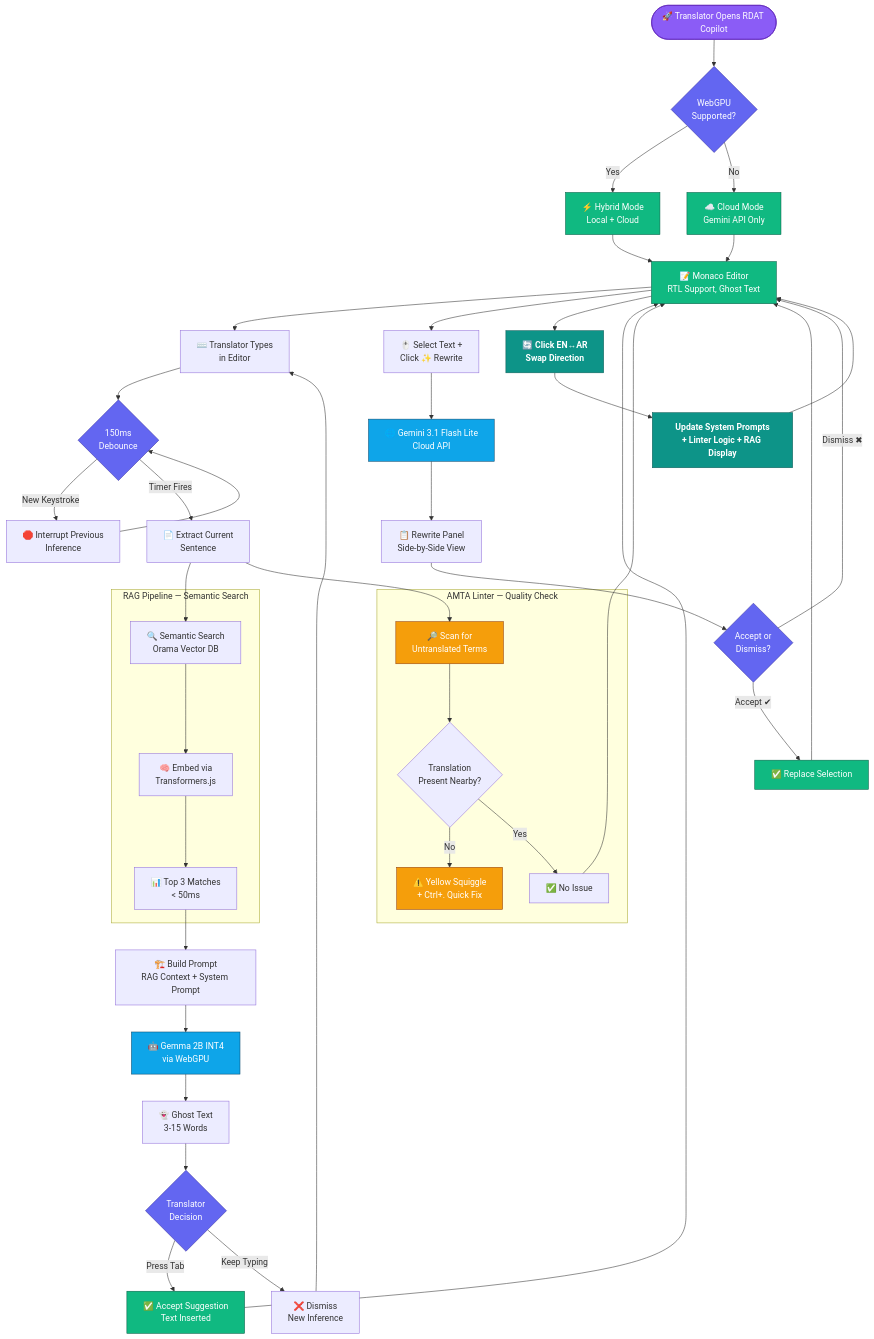
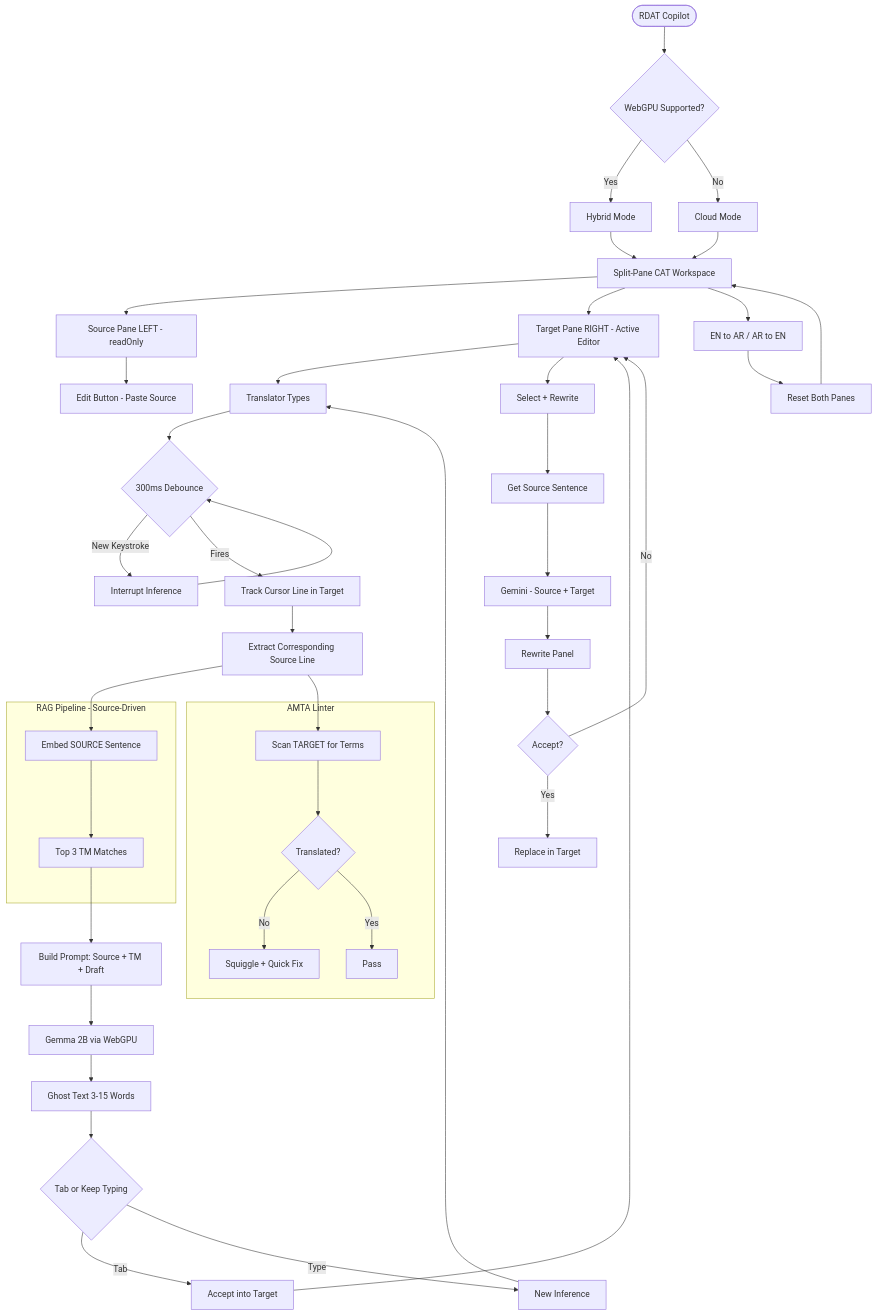
Before and after one commit to waleedmandour/rdat-pwa: the diagram in README.md, drawn with Mermaid. The commit also changed other lines of this file and 8 other files, not shown here.

````diff
--- a/README.md
+++ b/README.md
@@ -53,81 +53,45 @@
 ```mermaid
 flowchart TB
-    %% ── Entry ──
-    Start([🚀 Translator Opens RDAT Copilot]) --> Browser{WebGPU\nSupported?}
-    Browser -->|Yes| Hybrid[⚡ Hybrid Mode\nLocal + Cloud]
-    Browser -->|No| CloudMode[☁️ Cloud Mode\nGemini API Only]
-
-    %% ── Editor Layer ──
-    Hybrid --> Editor[📝 Monaco Editor\nRTL Support, Ghost Text]
-    CloudMode --> Editor
-
-    Editor --> Keystroke[⌨️ Translator Types\nin Editor]
-
-    %% ── Event Loop ──
-    Keystroke --> Debounce{150ms\nDebounce}
-    Debounce -->|New Keystroke| Interrupt[🛑 Interrupt Previous\nInference]
+    Start([RDAT Copilot]) --> Browser{WebGPU Supported?}
+    Browser -->|Yes| Hybrid[Hybrid Mode]
+    Browser -->|No| CloudMode[Cloud Mode]
+    Hybrid --> SplitPane[Split-Pane CAT Workspace]
+    CloudMode --> SplitPane
+    SplitPane --> SourcePane[Source Pane LEFT - readOnly]
+    SplitPane --> TargetPane[Target Pane RIGHT - Active Editor]
+    SourcePane --> EditBtn[Edit Button - Paste Source]
+    TargetPane --> Keystroke[Translator Types]
+    Keystroke --> Debounce{300ms Debounce}
+    Debounce -->|New Keystroke| Interrupt[Interrupt Inference]
     Interrupt --> Debounce
-    Debounce -->|Timer Fires| Extract[📄 Extract Current\nSentence]
-
-    %% ── Parallel Processing ──
-    Extract --> RAG_Search
-    Extract --> AMTA_Lint
-
-    %% ── RAG Pipeline ──
-    subgraph RAG [RAG Pipeline — Semantic Search]
-        RAG_Search[🔍 Semantic Search\nOrama Vector DB] --> Embed[🧠 Embed via\nTransformers.js]
-        Embed --> TopK[📊 Top 3 Matches\n< 50ms]
+    Debounce -->|Fires| TrackLine[Track Cursor Line in Target]
+    TrackLine --> ExtractSource[Extract Corresponding Source Line]
+    ExtractSource --> RAG_Search
+    ExtractSource --> AMTA_Lint
+    subgraph RAG [RAG Pipeline - Source-Driven]
+        RAG_Search[Embed SOURCE Sentence] --> TopK[Top 3 TM Matches]
     end
-
-    %% ── AMTA Linter ──
-    subgraph AMTA [AMTA Linter — Quality Check]
-        AMTA_Lint[🔎 Scan for\nUntranslated Terms] --> Check{Translation\nPresent Nearby?}
-        Check -->|No| Warning[⚠️ Yellow Squiggle\n+ Ctrl+. Quick Fix]
-        Check -->|Yes| OK[✅ No Issue]
+    subgraph AMTA [AMTA Linter]
+        AMTA_Lint[Scan TARGET for Terms] --> Check{Translated?}
+        Check -->|No| Warning[Squiggle + Quick Fix]
+        Check -->|Yes| OK[Pass]
     end
-
-    %% ── Sovereign Track ──
-    TopK --> PromptBuild[🏗️ Build Prompt\nRAG Context + System Prompt]
-    PromptBuild --> WebLLM[🤖 Gemma 2B INT4\nvia WebGPU]
-    WebLLM --> GhostText[👻 Ghost Text\n3-15 Words]
-
-    GhostText --> Decision{Translator\nDecision}
-    Decision -->|Press Tab| Accept[✅ Accept Suggestion\nText Inserted]
-    Decision -->|Keep Typing| Dismiss[❌ Dismiss\nNew Inference]
-
-    Accept --> Editor
+    TopK --> PromptBuild[Build Prompt: Source + TM + Draft]
+    PromptBuild --> WebLLM[Gemma 2B via WebGPU]
+    WebLLM --> GhostText[Ghost Text 3-15 Words]
+    GhostText --> Decision{Tab or Keep Typing}
+    Decision -->|Tab| Accept[Accept into Target]
+    Decision -->|Type| Dismiss[New Inference]
+    Accept --> TargetPane
     Dismiss --> Keystroke
-    OK --> Editor
-
-    %% ── Reasoning Track ──
-    Editor --> SelectText[🖱️ Select Text +\nClick ✨ Rewrite]
-    SelectText --> GeminiAPI[🌐 Gemini 3.1 Flash Lite\nCloud API]
-
-    GeminiAPI --> RewriteResult[📋 Rewrite Panel\nSide-by-Side View]
-
-    RewriteResult --> AcceptRewrite{Accept or\nDismiss?}
-    AcceptRewrite -->|Accept ✔| ApplyRewrite[✅ Replace Selection]
-    AcceptRewrite -->|Dismiss ✖| Editor
-
-    ApplyRewrite --> Editor
-
-    %% ── Language Direction ──
-    Editor --> SwapDir[🔄 Click EN↔AR\nSwap Direction]
-    SwapDir --> PromptsUpdate[Update System Prompts\n+ Linter Logic + RAG Display]
-    PromptsUpdate --> Editor
-
-    %% ── Styling ──
-    classDef primary fill:#0d9488,stroke:#115e59,color:#fff,font-weight:bold
-    classDef ai fill:#0ea5e9,stroke:#0c4a6e,color:#fff
-    classDef lint fill:#f59e0b,stroke:#92400e,color:#fff
-    classDef decision fill:#6366f1,stroke:#3730a3,color:#fff
-    classDef action fill:#10b981,stroke:#065f46,color:#fff
-    classDef start fill:#8b5cf6,stroke:#5b21b6,color:#fff
-
-    class Start start
-    class Hybrid,CloudMode,Editor,Accept,ApplyRewrite action
-    class WebLLM,GeminiAPI ai
-    class AMTA_Lint,Warning lint
-    class Browser,Debounce,Decision,AcceptRewrite decision
-    class SwapDir,PromptsUpdate primary
+    TargetPane --> SelectText[Select + Rewrite]
+    SelectText --> GetSource[Get Source Sentence]
+    GetSource --> Gemini[Gemini - Source + Target]
+    Gemini --> RewritePanel[Rewrite Panel]
+    RewritePanel --> AcceptRewrite{Accept?}
+    AcceptRewrite -->|Yes| Apply[Replace in Target]
+    AcceptRewrite -->|No| TargetPane
+    SplitPane --> SwapDir[EN to AR / AR to EN]
+    SwapDir --> Reset[Reset Both Panes]
+    Reset --> SplitPane
 ```
````
